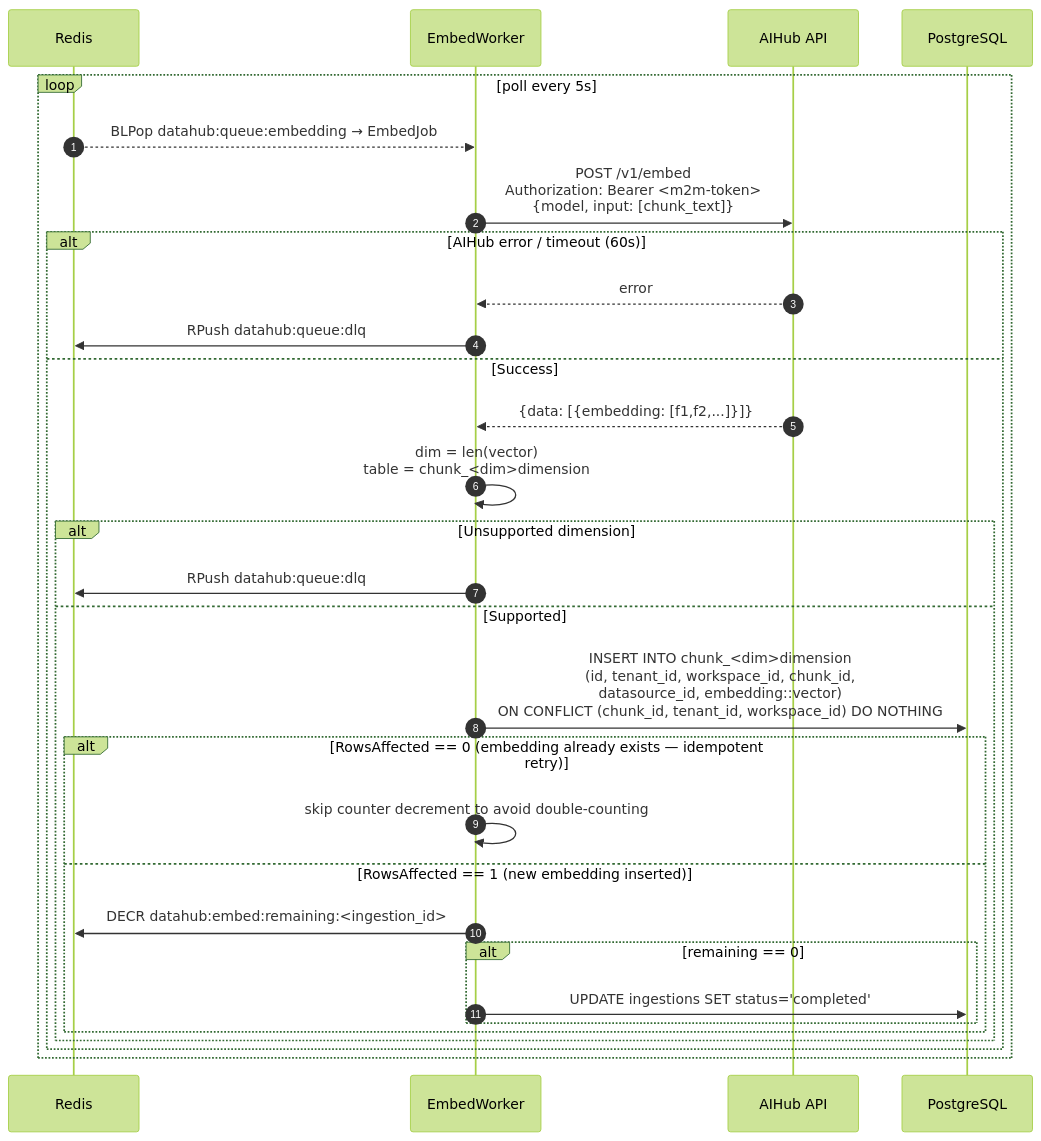
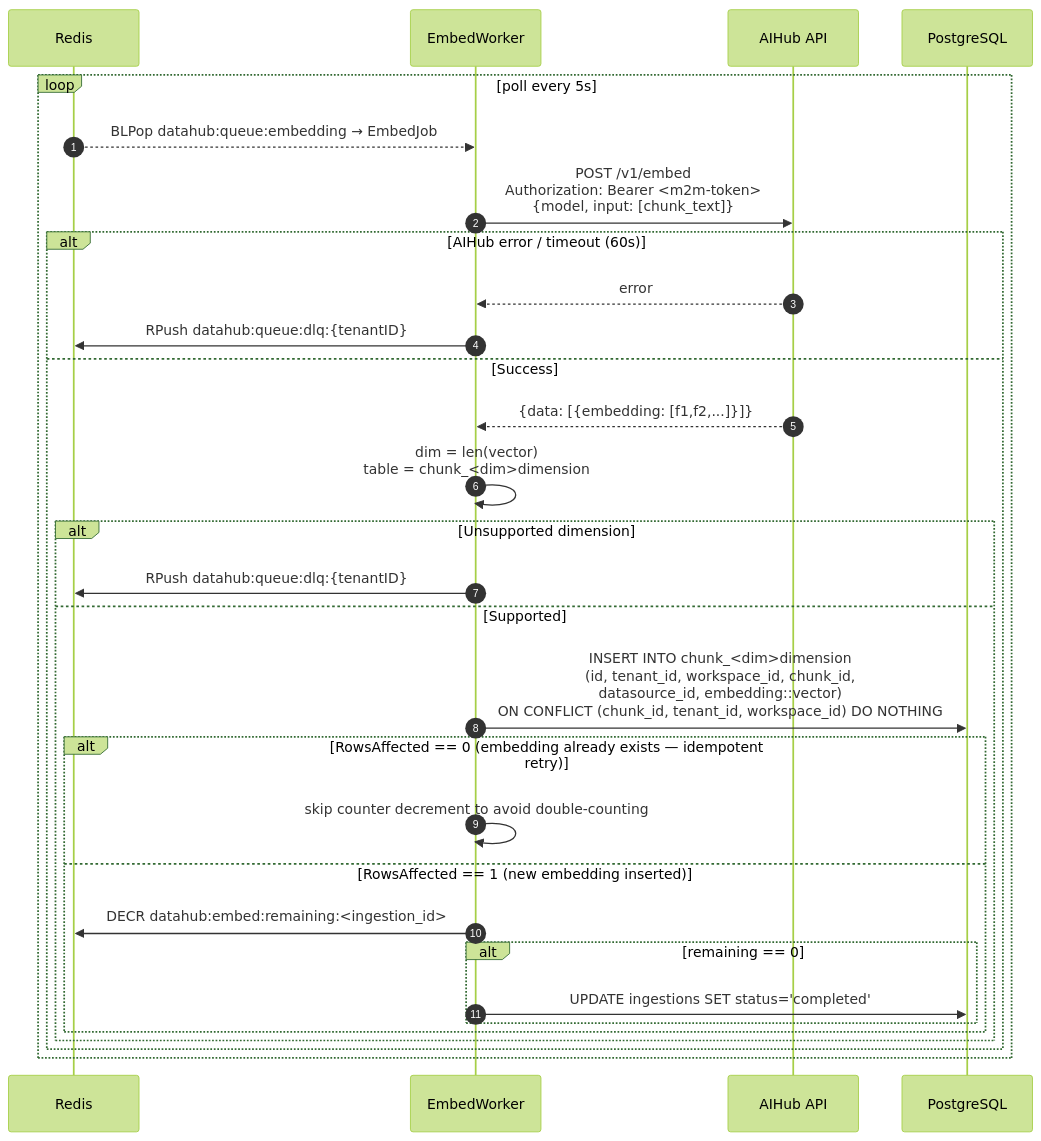
The seventh of 12 diagrams in docs/architecture/datahub/sequence.md (Andrew-Bu1/Agent-Platform), drawn with Mermaid (forest theme) before and after one commit. The commit also changed other lines of this file and 6 other files, not shown here.

````diff
--- a/docs/architecture/datahub/sequence.md
+++ b/docs/architecture/datahub/sequence.md
@@ -355,33 +379,33 @@
 ```mermaid
 sequenceDiagram
     autonumber
     participant Redis as Redis
     participant EW as EmbedWorker
     participant AIHub as AIHub API
     participant DB as PostgreSQL
 
     loop poll every 5s
         Redis-->>EW: BLPop datahub:queue:embedding → EmbedJob
         EW->>AIHub: POST /v1/embed<br/>Authorization: Bearer <m2m-token><br/>{model, input: [chunk_text]}
         alt AIHub error / timeout (60s)
             AIHub-->>EW: error
-            EW->>Redis: RPush datahub:queue:dlq
+            EW->>Redis: RPush datahub:queue:dlq:{tenantID}
         else Success
             AIHub-->>EW: {data: [{embedding: [f1,f2,...]}]}
             EW->>EW: dim = len(vector)<br/>table = chunk_<dim>dimension
             alt Unsupported dimension
-                EW->>Redis: RPush datahub:queue:dlq
+                EW->>Redis: RPush datahub:queue:dlq:{tenantID}
             else Supported
                 EW->>DB: INSERT INTO chunk_<dim>dimension<br/>(id, tenant_id, workspace_id, chunk_id,<br/>datasource_id, embedding::vector)<br/>ON CONFLICT (chunk_id, tenant_id, workspace_id) DO NOTHING
                 alt RowsAffected == 0 (embedding already exists — idempotent retry)
                     EW->>EW: skip counter decrement to avoid double-counting
                 else RowsAffected == 1 (new embedding inserted)
                     EW->>Redis: DECR datahub:embed:remaining:<ingestion_id>
                     alt remaining == 0
                         EW->>DB: UPDATE ingestions SET status='completed'
                     end
                 end
             end
         end
     end
 ```
````
